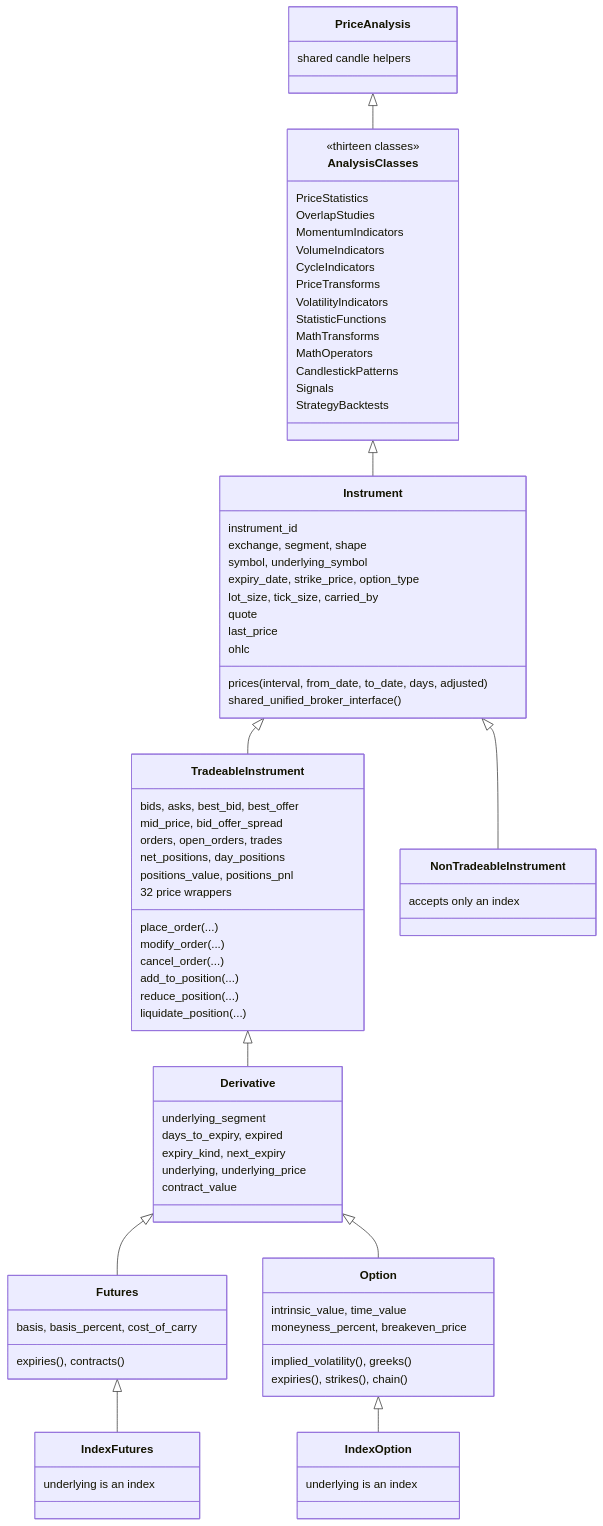
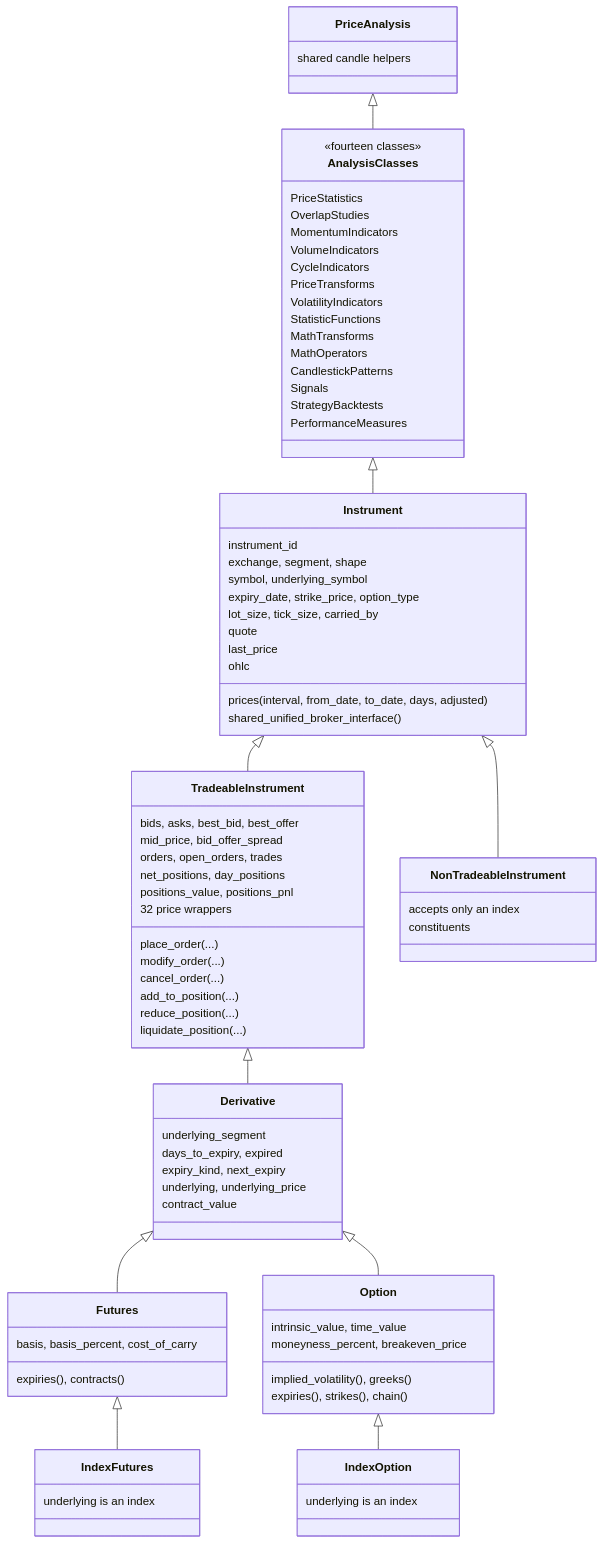
Before and after one commit to pramodathani/tradingmachine: the first of 5 diagrams in docs/architecture/instrument-model.md, drawn with Mermaid. The commit also changed other lines of this file and 29 other files, not shown here.

```diff
--- a/docs/architecture/instrument-model.md
+++ b/docs/architecture/instrument-model.md
@@ -15,7 +15,7 @@
         shared candle helpers
     }
     class AnalysisClasses {
-        <<thirteen classes>>
+        <<fourteen classes>>
         PriceStatistics
         OverlapStudies
         MomentumIndicators
@@ -29,6 +29,7 @@
         CandlestickPatterns
         Signals
         StrategyBacktests
+        PerformanceMeasures
     }
     class Instrument {
         instrument_id
@@ -58,6 +59,7 @@
     }
     class NonTradeableInstrument {
         accepts only an index
+        constituents
     }
     class Derivative {
         underlying_segment
```
